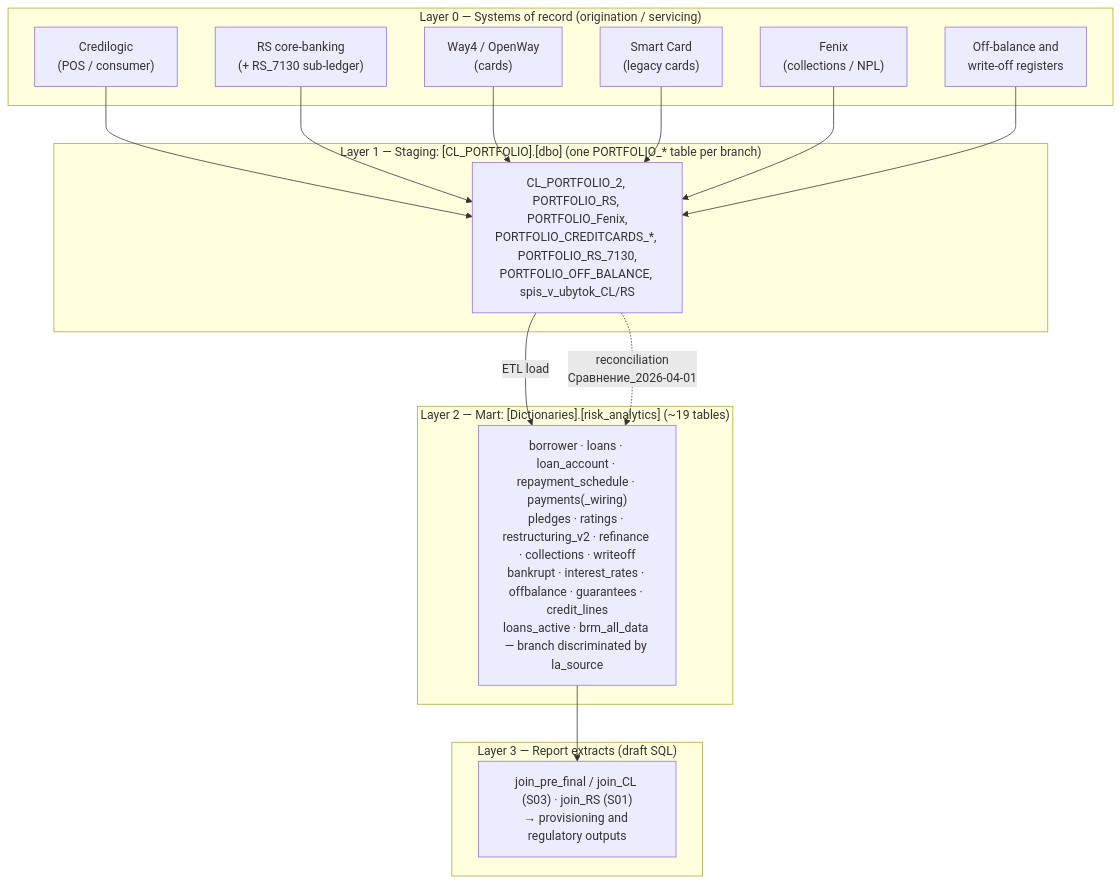
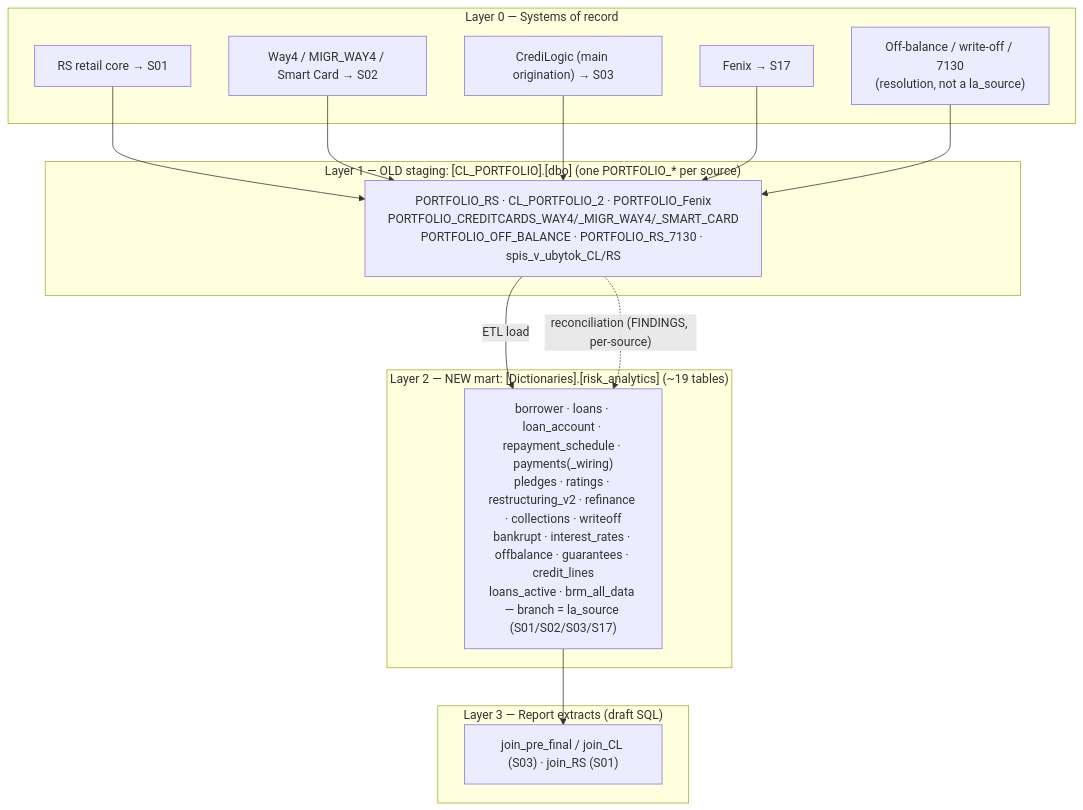
Before and after one commit to zakcination/cred_risk: the first of 2 diagrams in docs/analysis/credit_risk_knowledge_base.md, drawn with Mermaid. The commit also changed other lines of this file and 4 other files, not shown here.

````diff
--- a/docs/analysis/credit_risk_knowledge_base.md
+++ b/docs/analysis/credit_risk_knowledge_base.md
@@ -65,33 +58,31 @@
 ```mermaid
 flowchart TD
-    subgraph L0["Layer 0 — Systems of record (origination / servicing)"]
-        CLsys["Credilogic<br/>(POS / consumer)"]
-        RSsys["RS core-banking<br/>(+ RS_7130 sub-ledger)"]
-        W4["Way4 / OpenWay<br/>(cards)"]
-        SC["Smart Card<br/>(legacy cards)"]
-        FX["Fenix<br/>(collections / NPL)"]
-        OBsys["Off-balance and<br/>write-off registers"]
+    subgraph L0["Layer 0 — Systems of record"]
+        RSsys["RS retail core → S01"]
+        Cards["Way4 / MIGR_WAY4 / Smart Card → S02"]
+        CLsys["CrediLogic (main origination) → S03"]
+        FX["Fenix → S17"]
+        OBsys["Off-balance / write-off / 7130<br/>(resolution, not a la_source)"]
     end
 
-    subgraph L1["Layer 1 — Staging: [CL_PORTFOLIO].[dbo] (one PORTFOLIO_* table per branch)"]
-        P["CL_PORTFOLIO_2, PORTFOLIO_RS, PORTFOLIO_Fenix,<br/>PORTFOLIO_CREDITCARDS_*, PORTFOLIO_RS_7130,<br/>PORTFOLIO_OFF_BALANCE, spis_v_ubytok_CL/RS"]
+    subgraph L1["Layer 1 — OLD staging: [CL_PORTFOLIO].[dbo] (one PORTFOLIO_* per source)"]
+        P["PORTFOLIO_RS · CL_PORTFOLIO_2 · PORTFOLIO_Fenix<br/>PORTFOLIO_CREDITCARDS_WAY4/_MIGR_WAY4/_SMART_CARD<br/>PORTFOLIO_OFF_BALANCE · PORTFOLIO_RS_7130 · spis_v_ubytok_CL/RS"]
     end
 
-    subgraph L2["Layer 2 — Mart: [Dictionaries].[risk_analytics] (~19 tables)"]
-        M["borrower · loans · loan_account · repayment_schedule · payments(_wiring)<br/>pledges · ratings · restructuring_v2 · refinance · collections · writeoff<br/>bankrupt · interest_rates · offbalance · guarantees · credit_lines<br/>loans_active · brm_all_data — branch discriminated by la_source"]
+    subgraph L2["Layer 2 — NEW mart: [Dictionaries].[risk_analytics] (~19 tables)"]
+        M["borrower · loans · loan_account · repayment_schedule · payments(_wiring)<br/>pledges · ratings · restructuring_v2 · refinance · collections · writeoff<br/>bankrupt · interest_rates · offbalance · guarantees · credit_lines<br/>loans_active · brm_all_data — branch = la_source (S01/S02/S03/S17)"]
     end
 
     subgraph L3["Layer 3 — Report extracts (draft SQL)"]
-        R["join_pre_final / join_CL (S03) · join_RS (S01)<br/>→ provisioning and regulatory outputs"]
+        R["join_pre_final / join_CL (S03) · join_RS (S01)"]
     end
 
+    RSsys --> P
+    Cards --> P
     CLsys --> P
-    RSsys --> P
-    W4 --> P
-    SC --> P
     FX --> P
     OBsys --> P
     P -->|ETL load| M
     M --> R
-    P -. reconciliation<br/>Сравнение_2026-04-01 .-> M
+    P -. reconciliation (FINDINGS, per-source) .-> M
 ```
````
